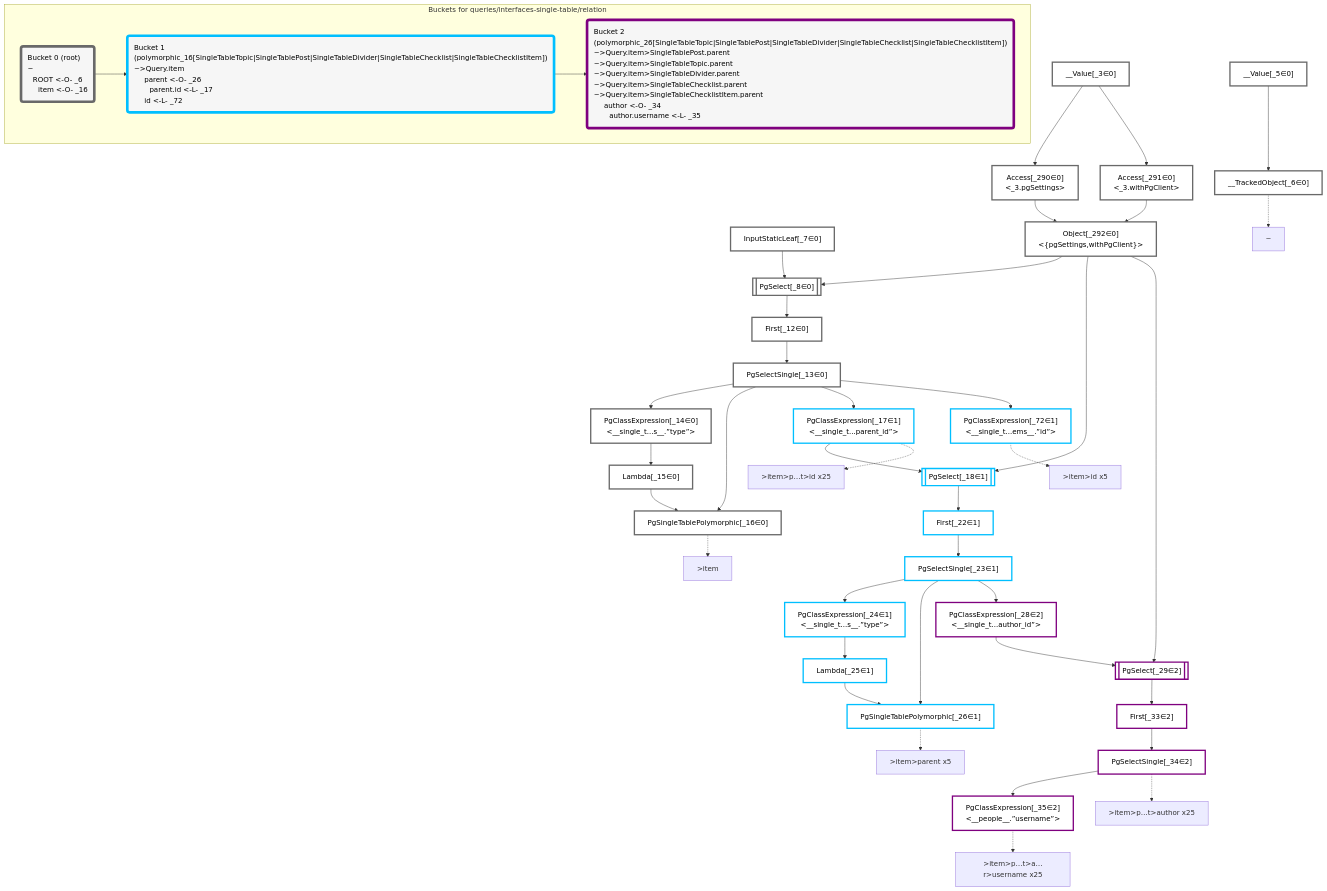
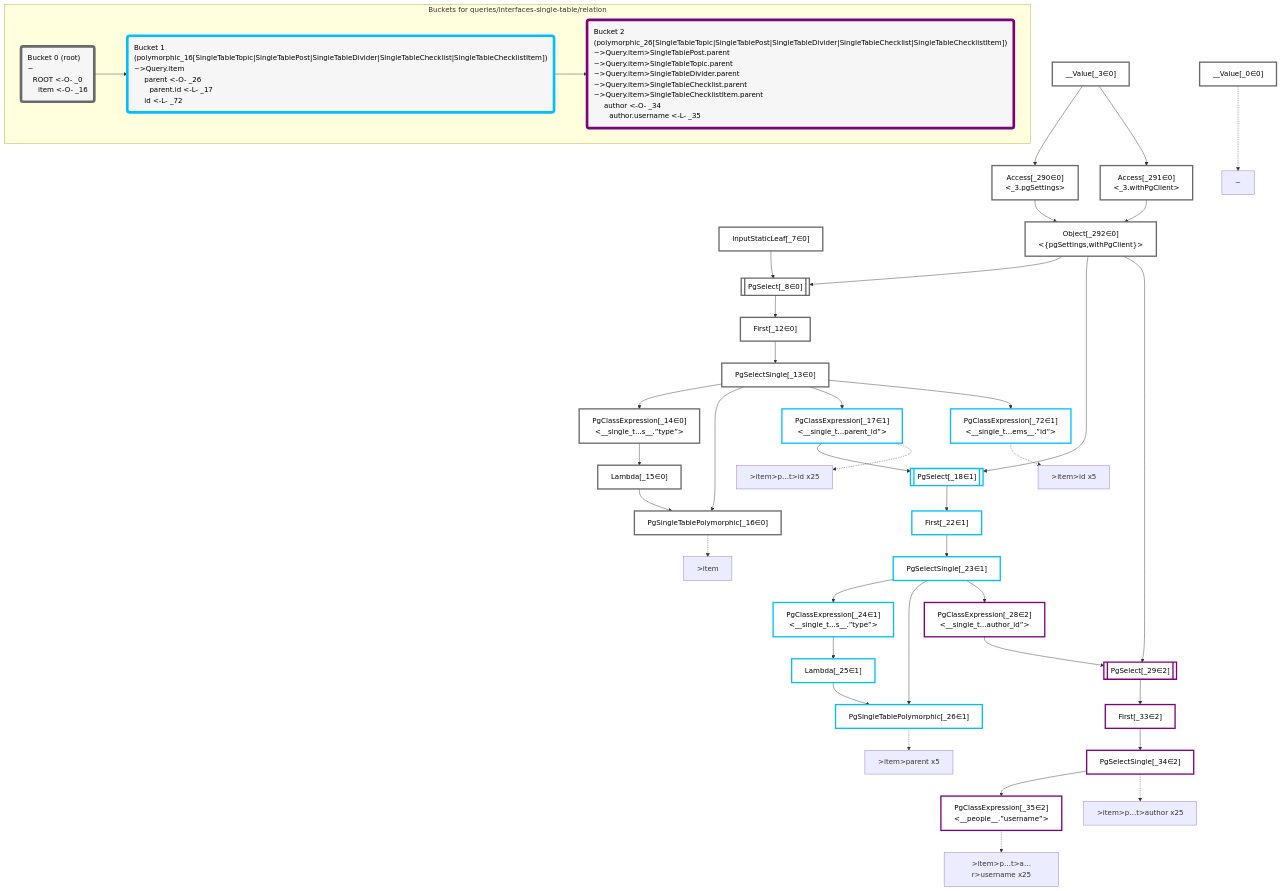
Before and after one commit to graphile/crystal: the diagram in packages/dataplan-pg/__tests__/queries/interfaces-single-table/relation.deopt.mermaid.md, drawn with Mermaid. The commit also changed 193 other files, not shown here.

Commit message:
Update test plan snapshots with new root plan

```diff
--- a/packages/dataplan-pg/__tests__/queries/interfaces-single-table/relation.deopt.mermaid.md
+++ b/packages/dataplan-pg/__tests__/queries/interfaces-single-table/relation.deopt.mermaid.md
@@ -8,9 +8,8 @@
 
 
     %% define plans
+    __Value_0["__Value[_0∈0]"]:::plan
     __Value_3["__Value[_3∈0]<br /><context>"]:::plan
-    __Value_5["__Value[_5∈0]<br /><rootValue>"]:::plan
-    __TrackedObject_6["__TrackedObject[_6∈0]"]:::plan
     InputStaticLeaf_7["InputStaticLeaf[_7∈0]"]:::plan
     PgSelect_8[["PgSelect[_8∈0]<br /><single_table_items>"]]:::plan
     First_12["First[_12∈0]"]:::plan
@@ -36,7 +35,6 @@
     Object_292["Object[_292∈0]<br /><{pgSettings,withPgClient}>"]:::plan
 
     %% plan dependencies
-    __Value_5 --> __TrackedObject_6
     Object_292 --> PgSelect_8
     InputStaticLeaf_7 --> PgSelect_8
     PgSelect_8 --> First_12
@@ -67,8 +65,8 @@
     Access_291 --> Object_292
 
     %% plan-to-path relationships
-    P_6["~"]
-    __TrackedObject_6 -.-> P_6
+    P_0["~"]
+    __Value_0 -.-> P_0
     P_16[">item"]
     PgSingleTablePolymorphic_16 -.-> P_16
     P_17[">item>p…t>id x25"]
@@ -84,14 +82,14 @@
 
     %% allocate buckets
     classDef bucket0 stroke:#696969
-    class __Value_3,__Value_5,__TrackedObject_6,InputStaticLeaf_7,PgSelect_8,First_12,PgSelectSingle_13,PgClassExpression_14,Lambda_15,PgSingleTablePolymorphic_16,Access_290,Access_291,Object_292 bucket0
+    class __Value_0,__Value_3,InputStaticLeaf_7,PgSelect_8,First_12,PgSelectSingle_13,PgClassExpression_14,Lambda_15,PgSingleTablePolymorphic_16,Access_290,Access_291,Object_292 bucket0
     classDef bucket1 stroke:#00bfff
     class PgClassExpression_17,PgSelect_18,First_22,PgSelectSingle_23,PgClassExpression_24,Lambda_25,PgSingleTablePolymorphic_26,PgClassExpression_72 bucket1
     classDef bucket2 stroke:#7f007f
     class PgClassExpression_28,PgSelect_29,First_33,PgSelectSingle_34,PgClassExpression_35 bucket2
 
     subgraph "Buckets for queries/interfaces-single-table/relation"
-    Bucket0("Bucket 0 (root)<br />~<br />⠀ROOT <-O- _6<br />⠀⠀item <-O- _16"):::bucket
+    Bucket0("Bucket 0 (root)<br />~<br />⠀ROOT <-O- _0<br />⠀⠀item <-O- _16"):::bucket
     style Bucket0 stroke:#696969
     Bucket1("Bucket 1 (polymorphic_16[SingleTableTopic|SingleTablePost|SingleTableDivider|SingleTableChecklist|SingleTableChecklistItem])<br />~>Query.item<br />⠀⠀parent <-O- _26<br />⠀⠀⠀parent.id <-L- _17<br />⠀⠀id <-L- _72"):::bucket
     style Bucket1 stroke:#00bfff
```
